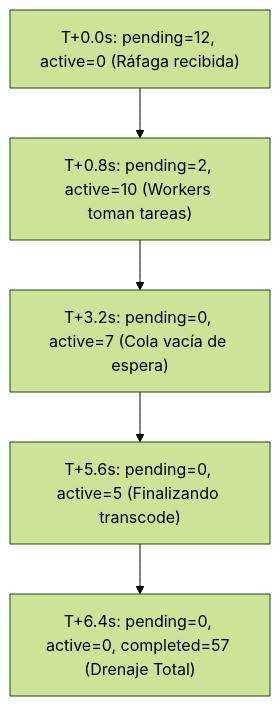
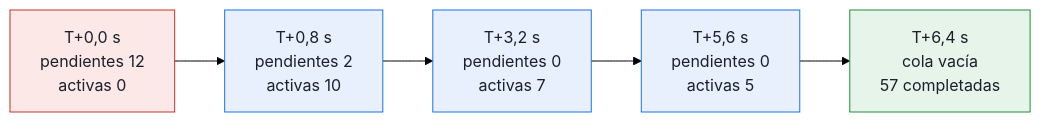
The third of 3 diagrams in capacity-planning/pruebas_de_carga_entrega2.md (ISIS4426-2026/Plataforma-MOOC), drawn with Mermaid (forest theme) before and after one commit. The commit also changed other lines of this file and 2 other files, not shown here.

Commit message:
docs: fix capacity diagrams and regenerate the report index

````diff
--- a/capacity-planning/pruebas_de_carga_entrega2.md
+++ b/capacity-planning/pruebas_de_carga_entrega2.md
@@ -445,7 +504,17 @@
 ```mermaid
-flowchart TD
-    T0["T+0.0s: pending=12, active=0 (Ráfaga recibida)"] --> T1["T+0.8s: pending=2, active=10 (Workers toman tareas)"]
-    T1 --> T2["T+3.2s: pending=0, active=7 (Cola vacía de espera)"]
-    T2 --> T3["T+5.6s: pending=0, active=5 (Finalizando transcode)"]
-    T3 --> T4["T+6.4s: pending=0, active=0, completed=57 (Drenaje Total)"]
+flowchart LR
+    t0["T+0,0 s<br/>pendientes 12<br/>activas 0"]
+    t1["T+0,8 s<br/>pendientes 2<br/>activas 10"]
+    t2["T+3,2 s<br/>pendientes 0<br/>activas 7"]
+    t3["T+5,6 s<br/>pendientes 0<br/>activas 5"]
+    t4["T+6,4 s<br/>cola vacía<br/>57 completadas"]
+
+    t0 --> t1 --> t2 --> t3 --> t4
+
+    classDef pico fill:#fde8e8,stroke:#c53030,color:#1a202c
+    classDef medio fill:#e8f0fe,stroke:#1a73e8,color:#1a202c
+    classDef fin fill:#e6f4ea,stroke:#1e8e3e,color:#1a202c
+    class t0 pico
+    class t1,t2,t3 medio
+    class t4 fin
 ```
````
